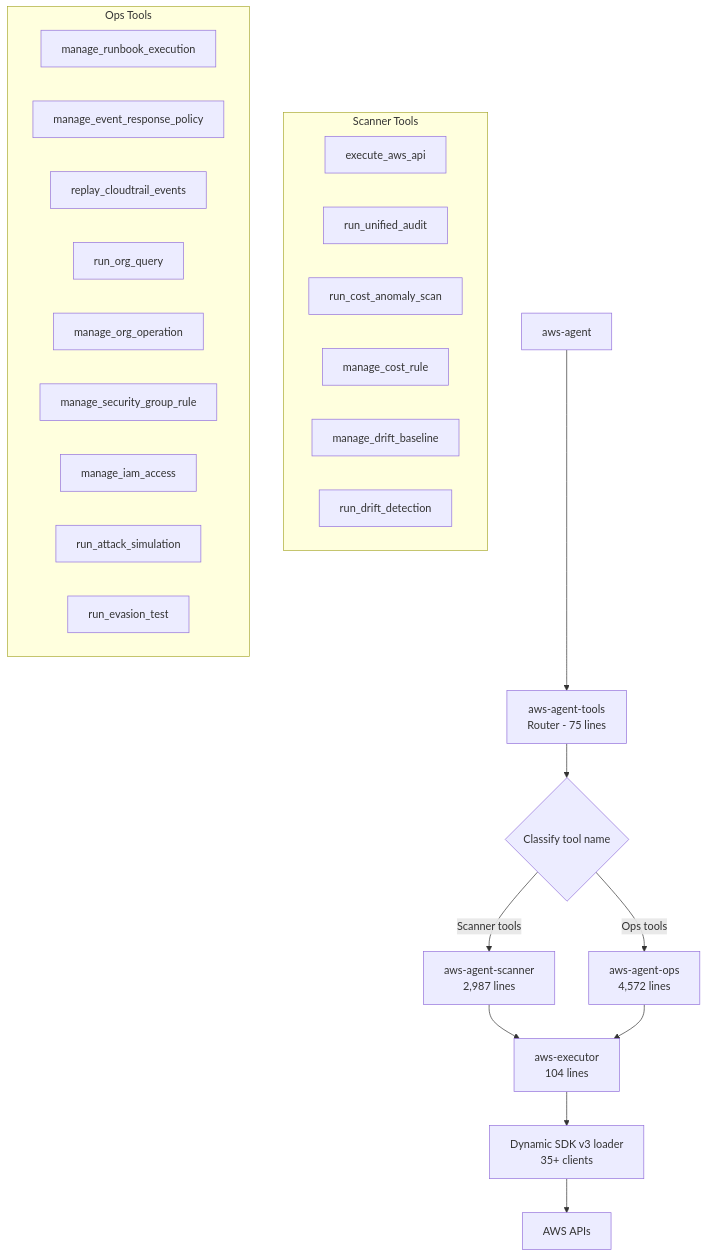
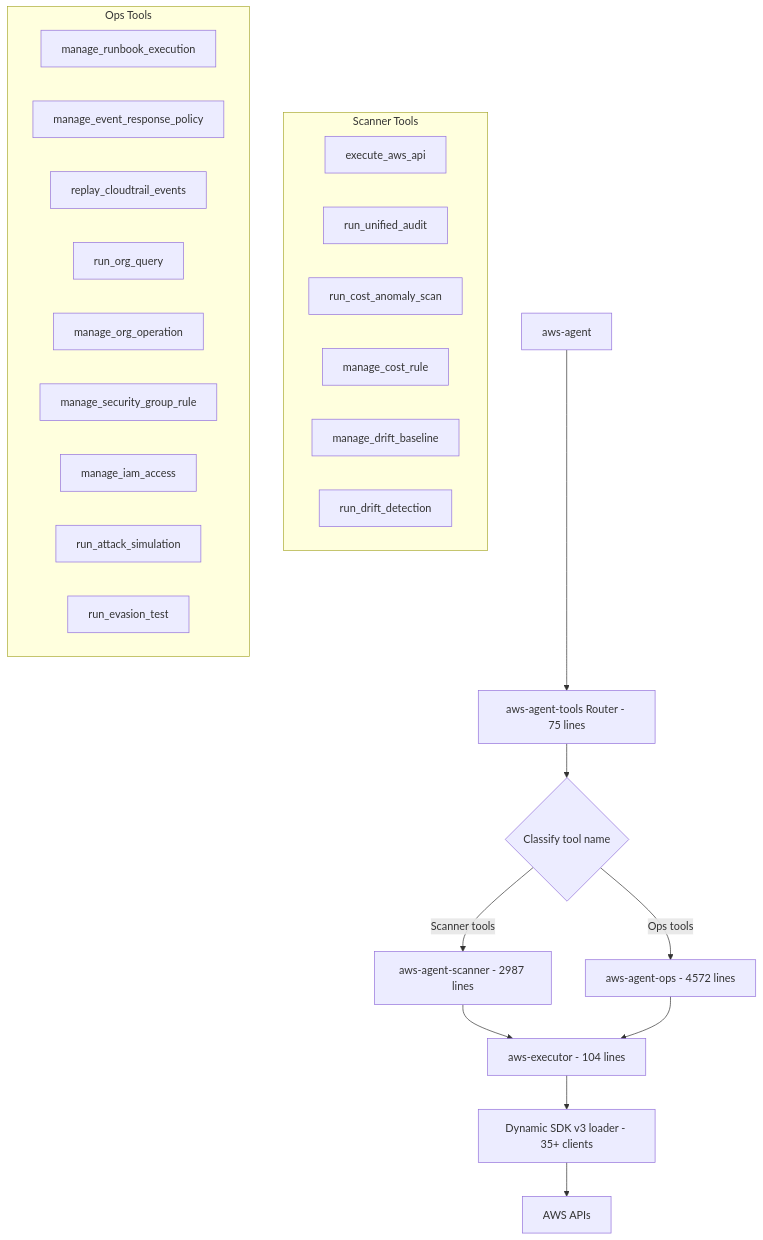
The eighth of 23 diagrams in TECHNICAL_DOCUMENTATION.md (ritvikindupuri/aws-ai-agent), drawn with Mermaid before and after one commit. The commit also changed other lines of this file, not shown here.

Commit message:
Updated README and docs diagrams

````diff
--- a/TECHNICAL_DOCUMENTATION.md
+++ b/TECHNICAL_DOCUMENTATION.md
@@ -688,32 +696,32 @@
 ```mermaid
 flowchart TD
-    A[aws-agent] --> B[aws-agent-tools<br/>Router - 75 lines]
+    A[aws-agent] --> B[aws-agent-tools Router - 75 lines]
     B --> C{Classify tool name}
-    C -- "Scanner tools" --> D[aws-agent-scanner<br/>2,987 lines]
-    C -- "Ops tools" --> E[aws-agent-ops<br/>4,572 lines]
-    D --> F[aws-executor<br/>104 lines]
+    C -- Scanner tools --> D[aws-agent-scanner - 2987 lines]
+    C -- Ops tools --> E[aws-agent-ops - 4572 lines]
+    D --> F[aws-executor - 104 lines]
     E --> F
-    F --> G[Dynamic SDK v3 loader<br/>35+ clients]
+    F --> G[Dynamic SDK v3 loader - 35+ clients]
     G --> H[AWS APIs]
 
-    subgraph "Scanner Tools"
+    subgraph Scanner Tools
         D1[execute_aws_api]
         D2[run_unified_audit]
         D3[run_cost_anomaly_scan]
         D4[manage_cost_rule]
         D5[manage_drift_baseline]
         D6[run_drift_detection]
     end
 
-    subgraph "Ops Tools"
+    subgraph Ops Tools
         E1[manage_runbook_execution]
         E2[manage_event_response_policy]
         E3[replay_cloudtrail_events]
         E4[run_org_query]
         E5[manage_org_operation]
         E6[manage_security_group_rule]
         E7[manage_iam_access]
         E8[run_attack_simulation]
         E9[run_evasion_test]
     end
 ```
````
